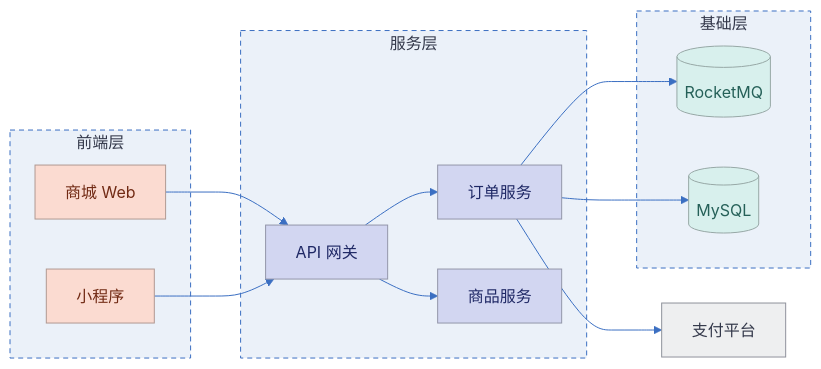
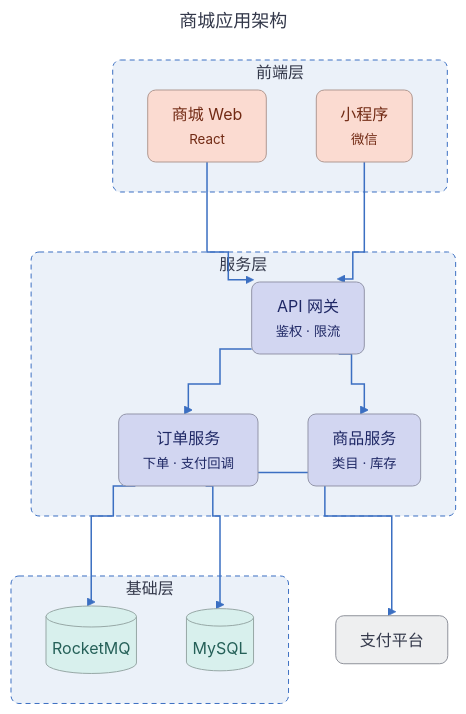
Before and after one commit to huang-hee/diagram-kit: diagram 15 of 45 in docs/画图指南.md, drawn with Mermaid. The commit also changed other lines of this file and 248 other files, not shown here.

First line of the commit message:
feat: 示例按统一风格重做，补齐 42 张 drawio 整图示例，默认工具改为 drawio

````diff
--- a/docs/画图指南.md
+++ b/docs/画图指南.md
@@ -1160,53 +1245,61 @@
 ```mermaid
 ---
+title: "商城应用架构"
 config:
   theme: base
   fontFamily: "PingFang SC, Microsoft YaHei, Noto Sans CJK SC, Source Han Sans SC, sans-serif"
+  flowchart:
+    curve: "step"
+    nodeSpacing: 50
+    rankSpacing: 60
+    padding: 12
+    wrappingWidth: 300
   themeVariables:
     background: "#FFFFFF"
     primaryColor: "#FFFFFF"
     primaryBorderColor: "#3B6FC2"
     primaryTextColor: "#33384A"
     nodeTextColor: "#33384A"
     secondaryColor: "#FBDBD1"
     tertiaryColor: "#EBF1F9"
     lineColor: "#3B6FC2"
     textColor: "#33384A"
     clusterBkg: "#EBF1F9"
     clusterBorder: "#3B6FC2"
     edgeLabelBackground: "#FFFFFF"
     titleColor: "#33384A"
     noteBkgColor: "#FFF6CE"
     noteBorderColor: "#A6A086"
     noteTextColor: "#33384A"
 ---
-flowchart LR
+flowchart TB
   subgraph L1[前端层]
-    W[商城 Web]:::client
-    M[小程序]:::client
+    W["商城 Web<br><small>React</small>"]:::client
+    M["小程序<br><small>微信</small>"]:::client
   end
   subgraph L2[服务层]
-    G[API 网关]:::service
-    O[订单服务]:::service
-    P[商品服务]:::service
+    G["API 网关<br><small>鉴权 · 限流</small>"]:::service
+    O["订单服务<br><small>下单 · 支付回调</small>"]:::service
+    P["商品服务<br><small>类目 · 库存</small>"]:::service
   end
   subgraph L3[基础层]
     MQ[(RocketMQ)]:::infra
     DB[(MySQL)]:::infra
   end
   X[支付平台]:::external
   W --> G
   M --> G
   G --> O
   G --> P
   O --> MQ
   O --> DB
   O --> X
   class L1,L2,L3 layer
-classDef client fill:#FBDBD1,stroke:#B09992,color:#712A14
-classDef service fill:#D2D6F1,stroke:#9396A9,color:#1F2865
-classDef infra fill:#D8F0ED,stroke:#97A8A6,color:#256058
-classDef external fill:#EEEFF0,stroke:#8F929B,color:#33384A
-classDef layer fill:#EBF1F9,stroke:#3B6FC2,color:#33384A,stroke-dasharray:5 4
+classDef client fill:#FBDBD1,stroke:#B09992,color:#712A14,rx:8,ry:8
+classDef service fill:#D2D6F1,stroke:#9396A9,color:#1F2865,rx:8,ry:8
+classDef infra fill:#D8F0ED,stroke:#97A8A6,color:#256058,rx:8,ry:8
+classDef external fill:#EEEFF0,stroke:#8F929B,color:#33384A,rx:8,ry:8
+classDef layer fill:#EBF1F9,stroke:#3B6FC2,color:#33384A,stroke-dasharray:5 4,rx:8,ry:8
 %% 用法：节点 A:::client 或 class A,B client
+linkStyle default stroke-width:1.5px
 ```
````
